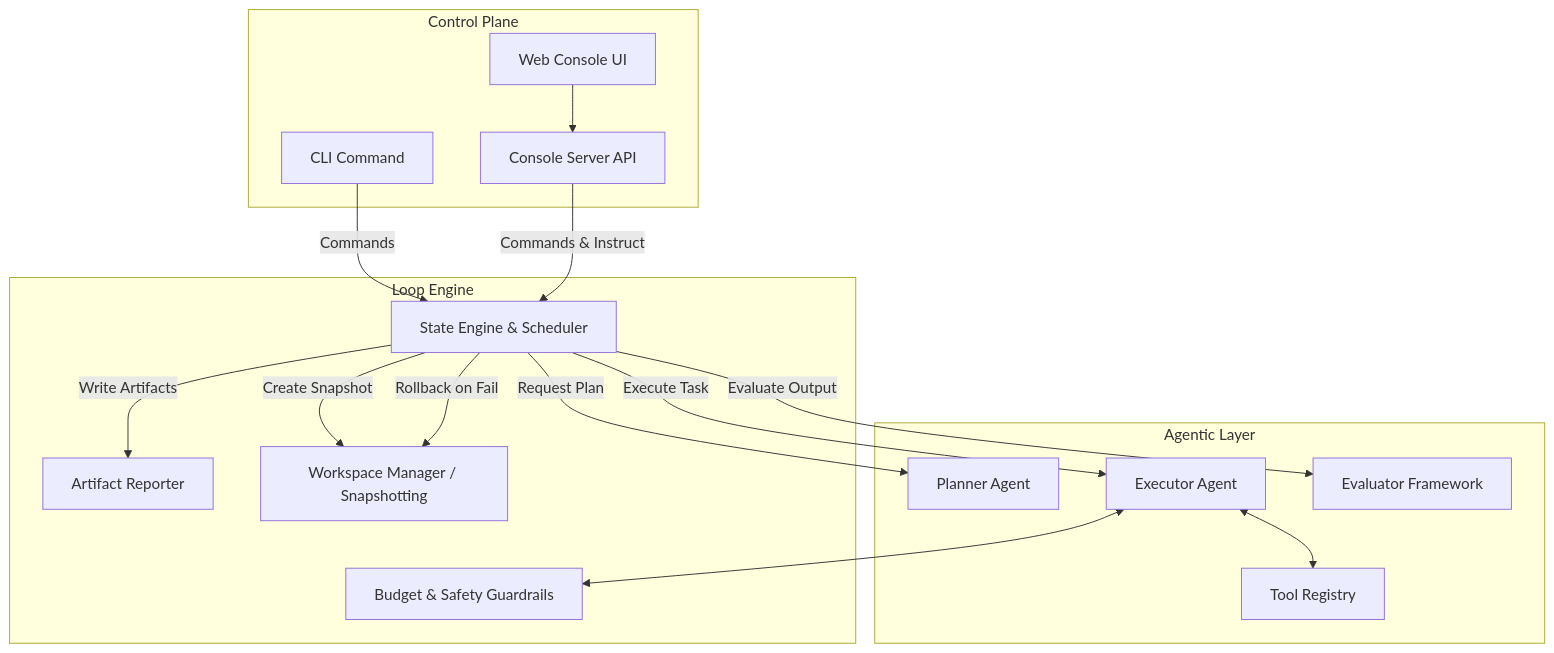
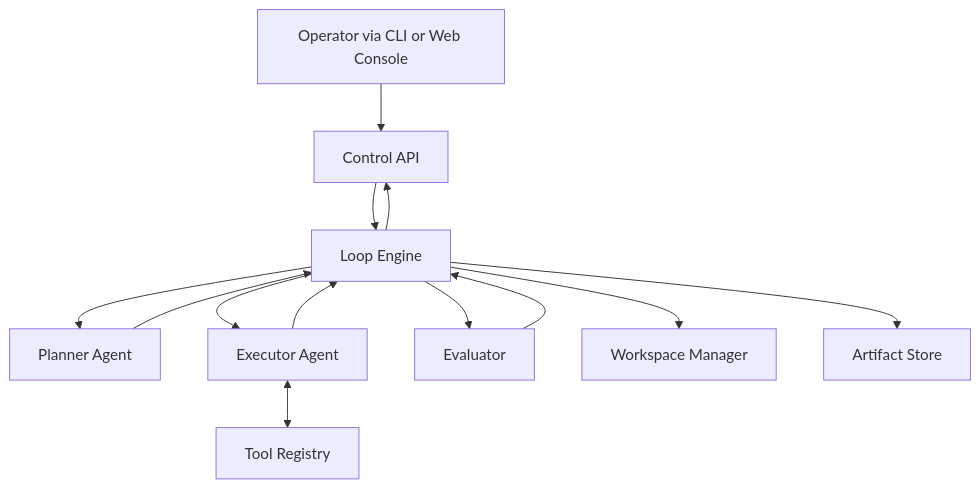
One commit to ailoop-labs/AILoop changed the first of 2 diagrams in ARCHITECTURE.md. Above: the diagram before and after it, drawn with Mermaid. The commit also changed other lines of this file, not shown here.

Commit message:
docs: define MVP architecture contract

````diff
--- a/ARCHITECTURE.md
+++ b/ARCHITECTURE.md
@@ -21,37 +125,15 @@
 ```mermaid
-graph TD
-    subgraph Control Plane
-        CLI[CLI Command]
-        Web[Web Console UI]
-        API[Console Server API]
-    end
-
-    subgraph Loop Engine
-        Engine[State Engine & Scheduler]
-        Guardrails[Budget & Safety Guardrails]
-        Reporter[Artifact Reporter]
-        Workspace[Workspace Manager / Snapshotting]
-    end
-
-    subgraph Agentic Layer
-        Planner[Planner Agent]
-        Executor[Executor Agent]
-        ToolRegistry[Tool Registry]
-        Evaluator[Evaluator Framework]
-    end
-
-    CLI -->|Commands| Engine
-    Web --> API
-    API -->|Commands & Instruct| Engine
-
-    Engine -->|Create Snapshot| Workspace
-    Engine -->|Request Plan| Planner
-    Engine -->|Execute Task| Executor
-    Engine -->|Evaluate Output| Evaluator
-    
-    Executor <--> ToolRegistry
-    Executor <--> Guardrails
-    
-    Engine -->|Write Artifacts| Reporter
-    Engine -->|Rollback on Fail| Workspace
+flowchart TD
+    User[Operator via CLI or Web Console] --> API[Control API]
+    API --> Engine[Loop Engine]
+    Engine --> Planner[Planner Agent]
+    Planner --> Engine
+    Engine --> Executor[Executor Agent]
+    Executor <--> Tools[Tool Registry]
+    Executor --> Engine
+    Engine --> Evaluator[Evaluator]
+    Evaluator --> Engine
+    Engine --> Workspace[Workspace Manager]
+    Engine --> Artifacts[Artifact Store]
+    Engine --> API
 ```
````
